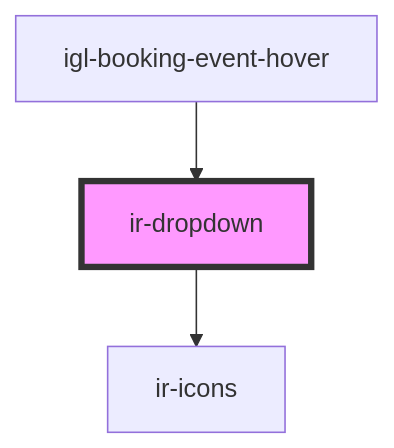
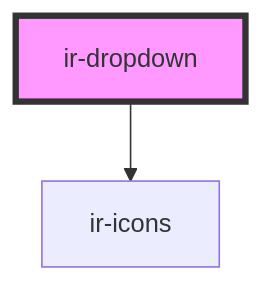
The diagram in src/components/ui/ir-dropdown/readme.md (RonyRizk/ir-webcmp), drawn with Mermaid before and after one commit. The commit also changed other lines of this file and 857 other files, not shown here.

````diff
--- a/src/components/ui/ir-dropdown/readme.md
+++ b/src/components/ui/ir-dropdown/readme.md
@@ -35,6 +31,5 @@
 ```mermaid
 graph TD;
   ir-dropdown --> ir-icons
-  igl-booking-event-hover --> ir-dropdown
   style ir-dropdown fill:#f9f,stroke:#333,stroke-width:4px
 ```
````
